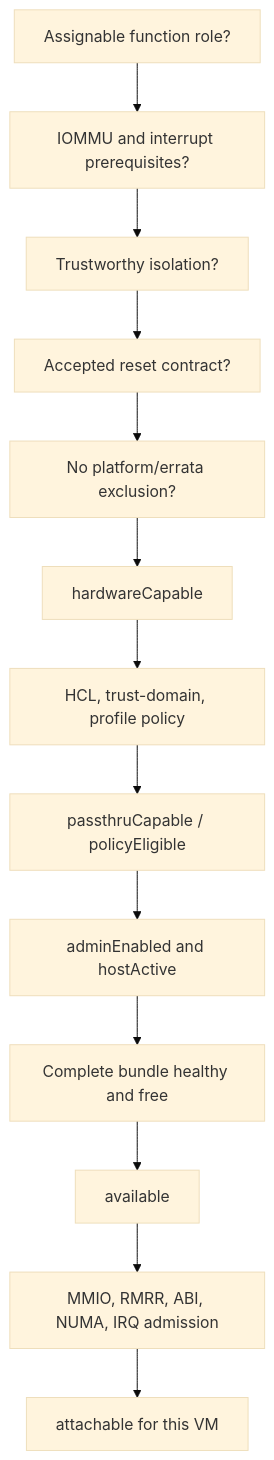
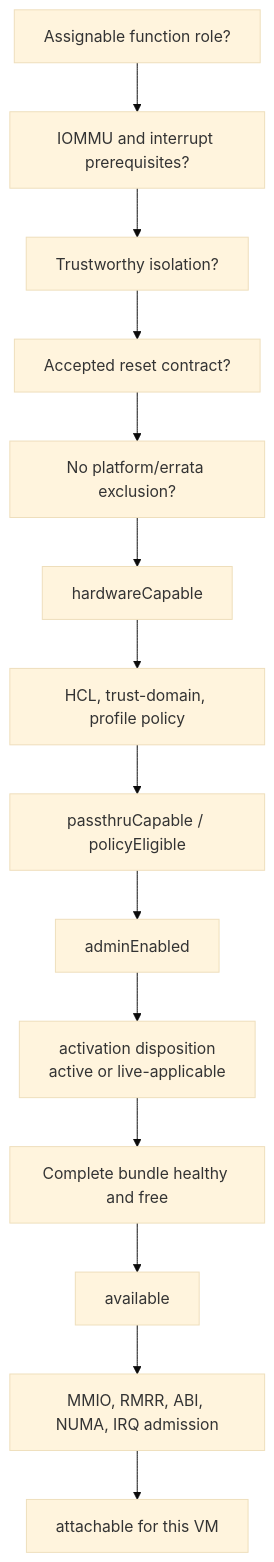
One commit to JoJoJoinme/pci-mmio-notes changed the sixth of 17 diagrams in qemu-static-dynamic-directpath-design.md. Above: the diagram before and after it, drawn with Mermaid (base theme). The commit also changed other lines of this file and 10 other files, not shown here.

````diff
--- a/qemu-static-dynamic-directpath-design.md
+++ b/qemu-static-dynamic-directpath-design.md
@@ -461,15 +583,16 @@
 ```mermaid
 flowchart TB
     ROLE["Assignable function role?"] --> HOST["IOMMU and interrupt prerequisites?"]
     HOST --> ISO["Trustworthy isolation?"]
     ISO --> RESET["Accepted reset contract?"]
     RESET --> EXCL["No platform/errata exclusion?"]
     EXCL --> HC["hardwareCapable"]
     HC --> POLICY["HCL, trust-domain, profile policy"]
     POLICY --> PC["passthruCapable / policyEligible"]
-    PC --> ENABLE["adminEnabled and hostActive"]
-    ENABLE --> FREE["Complete bundle healthy and free"]
+    PC --> ENABLE["adminEnabled"]
+    ENABLE --> ACT["activation disposition<br/>active or live-applicable"]
+    ACT --> FREE["Complete bundle healthy and free"]
     FREE --> AVAIL["available"]
     AVAIL --> VM["MMIO, RMRR, ABI, NUMA, IRQ admission"]
     VM --> ATTACH["attachable for this VM"]
 ```
````
